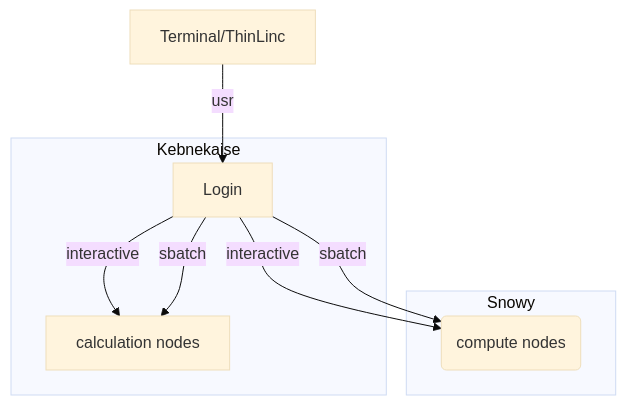
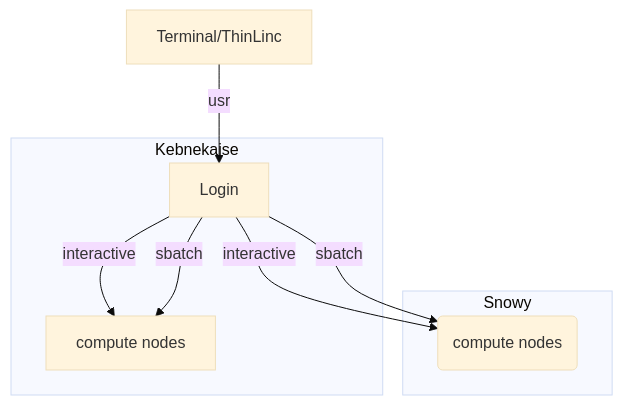
Before and after one commit to UPPMAX/R-python-julia-matlab-HPC: the diagram in docs/mermaid/kebnekaise.mmd, drawn with Mermaid (base theme).

```diff
--- a/docs/mermaid/kebnekaise.mmd
+++ b/docs/mermaid/kebnekaise.mmd
@@ -1,15 +1,15 @@
  graph TB
 
   Node1 -- interactive --> SubGraph2Flow
   Node1 -- sbatch --> SubGraph2Flow
   subgraph "Snowy"
   SubGraph2Flow(compute nodes) 
         end
 
         Terminal/ThinLinc -- usr --> Node1
         
 
         subgraph "Kebnekaise"
-        Node1[Login] -- interactive --> Node2[calculation nodes]
+        Node1[Login] -- interactive --> Node2[compute nodes]
         Node1 -- sbatch --> Node2
         end
```
